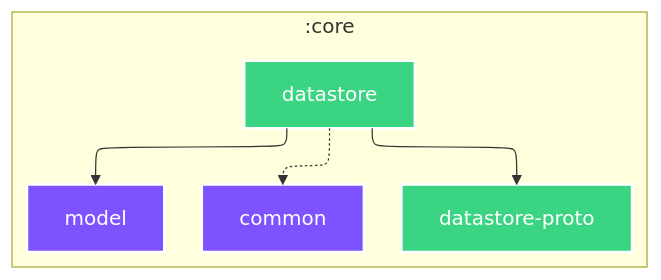
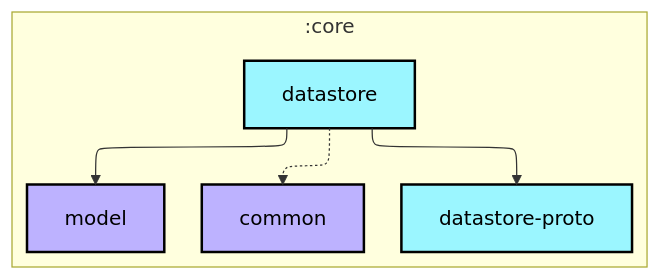
One commit to android/nowinandroid changed the diagram in core/datastore/README.md. Above: the diagram before and after it, drawn with Mermaid. The commit also changed other lines of this file and 28 other files, not shown here.

````diff
--- a/core/datastore/README.md
+++ b/core/datastore/README.md
@@ -4,26 +6,27 @@
 ```mermaid
 ---
 config:
   layout: elk
   elk:
     nodePlacementStrategy: SIMPLE
 ---
 graph TB
   subgraph :core
     direction TB
-    :core:common[common]:::jvm
+    :core:common[common]:::jvm-library
     :core:datastore[datastore]:::android-library
     :core:datastore-proto[datastore-proto]:::android-library
-    :core:model[model]:::jvm
+    :core:model[model]:::jvm-library
   end
 
   :core:datastore -.-> :core:common
   :core:datastore ---> :core:datastore-proto
   :core:datastore ---> :core:model
 
-classDef android-application fill:#7F52FF,stroke:#fff,stroke-width:2px,color:#fff;
-classDef android-library fill:#3BD482,stroke:#fff,stroke-width:2px,color:#fff;
-classDef android-test fill:#3BD482,stroke:#fff,stroke-width:2px,color:#fff;
-classDef jvm fill:#7F52FF,stroke:#fff,stroke-width:2px,color:#fff;
-classDef unknown fill:#FF0000,stroke:#fff,stroke-width:2px,color:#fff;
+classDef android-application fill:#CAFFBF,stroke:#000,stroke-width:2px,color:#000;
+classDef android-feature fill:#FFD6A5,stroke:#000,stroke-width:2px,color:#000;
+classDef android-library fill:#9BF6FF,stroke:#000,stroke-width:2px,color:#000;
+classDef android-test fill:#A0C4FF,stroke:#000,stroke-width:2px,color:#000;
+classDef jvm-library fill:#BDB2FF,stroke:#000,stroke-width:2px,color:#000;
+classDef unknown fill:#FFADAD,stroke:#000,stroke-width:2px,color:#000;
 ```
````
